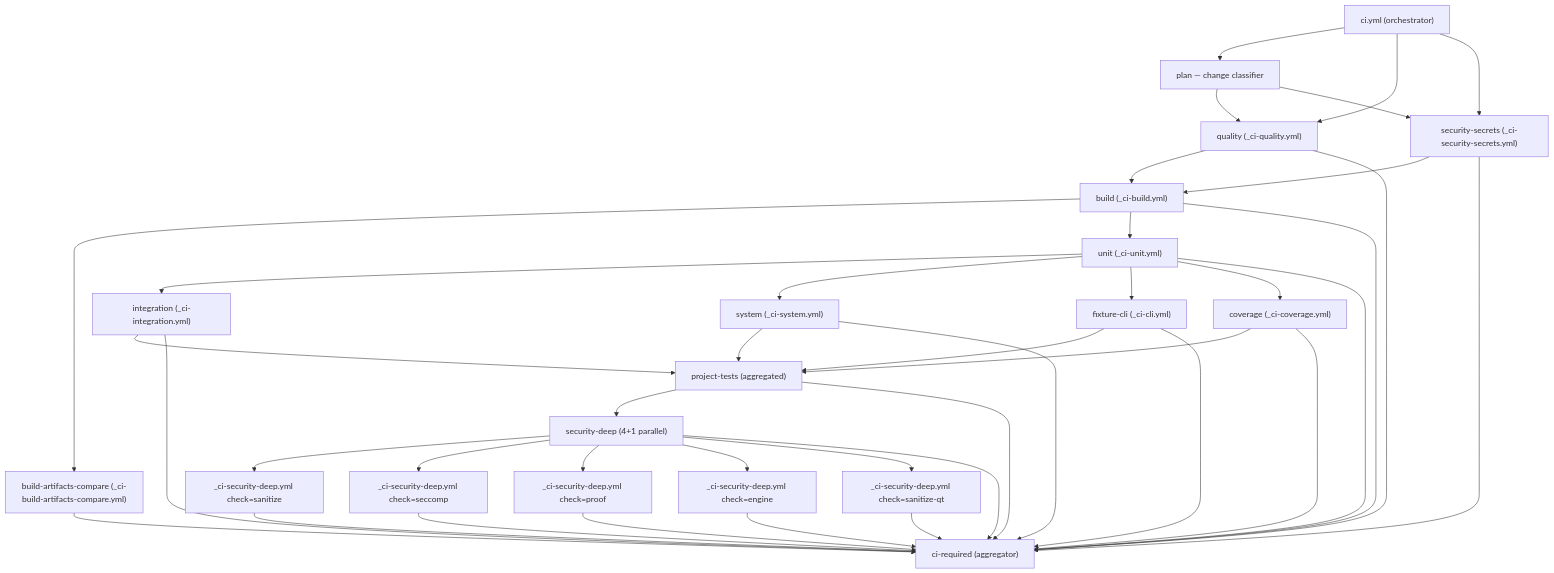
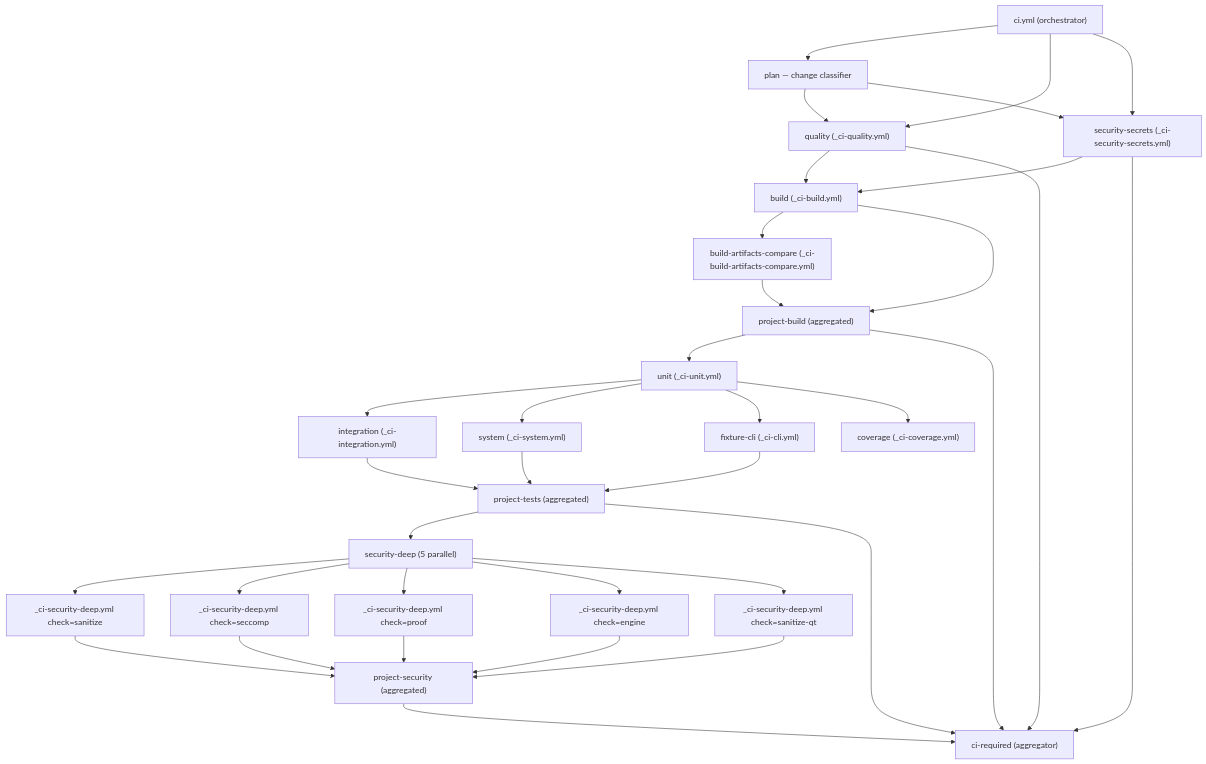
One commit to deeprnd/tickoni changed the diagram in doc/execution/ci.md. Above: the diagram before and after it, drawn with Mermaid. The commit also changed other lines of this file and 6 other files, not shown here.

````diff
--- a/doc/execution/ci.md
+++ b/doc/execution/ci.md
@@ -54,42 +54,37 @@
 ```mermaid
 flowchart TD
     A["ci.yml (orchestrator)"] --> B["plan — change classifier"]
     A --> Q["quality (_ci-quality.yml)"]
     A --> S["security-secrets (_ci-security-secrets.yml)"]
     B --> Q
     B --> S
     Q --> Bld["build (_ci-build.yml)"]
     S --> Bld
     Bld --> BAC["build-artifacts-compare (_ci-build-artifacts-compare.yml)"]
-    Bld --> U["unit (_ci-unit.yml)"]
+    Bld --> PB["project-build (aggregated)"]
+    BAC --> PB
+    PB --> U["unit (_ci-unit.yml)"]
     U --> I["integration (_ci-integration.yml)"]
     U --> Sys["system (_ci-system.yml)"]
     U --> FC["fixture-cli (_ci-cli.yml)"]
     U --> Cov["coverage (_ci-coverage.yml)"]
-    Cov --> FT["project-tests (aggregated)"]
-    I --> FT
+    I --> FT["project-tests (aggregated)"]
     Sys --> FT
     FC --> FT
-    FT --> SD["security-deep (4+1 parallel)"]
+    FT --> SD["security-deep (5 parallel)"]
     SD --> SD1["_ci-security-deep.yml check=sanitize"]
     SD --> SD2["_ci-security-deep.yml check=seccomp"]
     SD --> SD3["_ci-security-deep.yml check=proof"]
     SD --> SD4["_ci-security-deep.yml check=engine"]
     SD --> SD5["_ci-security-deep.yml check=sanitize-qt"]
-    SD1 --> R["ci-required (aggregator)"]
-    SD2 --> R
-    SD3 --> R
-    SD4 --> R
-    SD5 --> R
+    SD1 --> PS["project-security (aggregated)"]
+    SD2 --> PS
+    SD3 --> PS
+    SD4 --> PS
+    SD5 --> PS
+    PS --> R["ci-required (aggregator)"]
     Q --> R
     S --> R
-    Bld --> R
-    BAC --> R
-    U --> R
-    I --> R
-    Sys --> R
-    FC --> R
-    Cov --> R
+    PB --> R
     FT --> R
-    SD --> R
 ```
````
